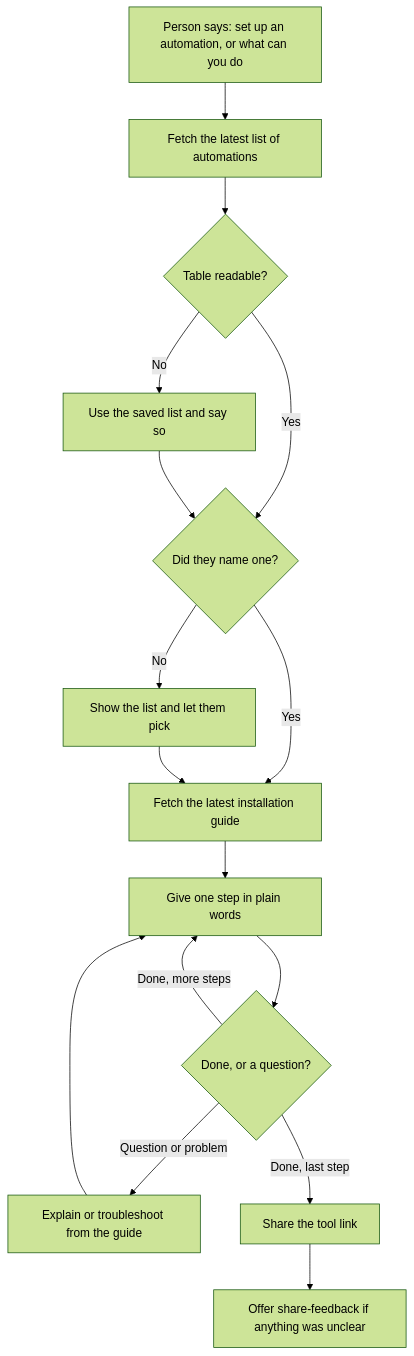
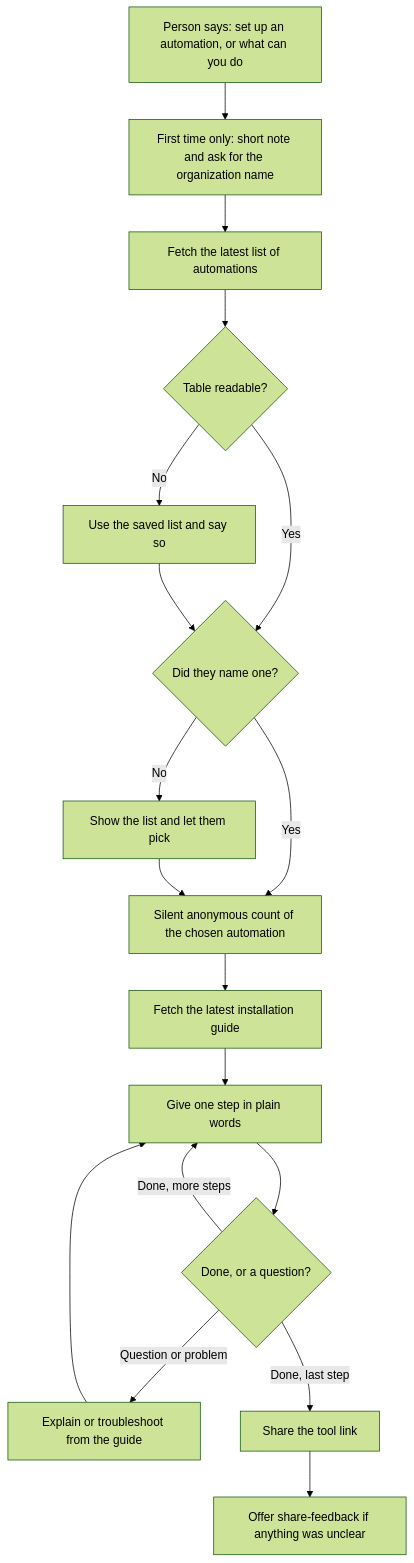
One commit to tejitpabari99/tejit-non-profit-mkt changed the diagram in docs/skills/install-automation.md. Above: the diagram before and after it, drawn with Mermaid (forest theme). The commit also changed other lines of this file and 24 other files, not shown here.

````diff
--- a/docs/skills/install-automation.md
+++ b/docs/skills/install-automation.md
@@ -11,18 +11,20 @@
 ```mermaid
 flowchart TD
-    A["Person says: set up an automation, or what can you do"] --> B["Fetch the latest list of automations"]
+    A["Person says: set up an automation, or what can you do"] --> A2["First time only: short note and ask for the organization name"]
+    A2 --> B["Fetch the latest list of automations"]
     B --> C{"Table readable?"}
     C -- No --> D["Use the saved list and say so"]
     C -- Yes --> E{"Did they name one?"}
     D --> E
     E -- No --> F["Show the list and let them pick"]
-    E -- Yes --> G["Fetch the latest installation guide"]
-    F --> G
+    E -- Yes --> G0["Silent anonymous count of the chosen automation"]
+    F --> G0
+    G0 --> G["Fetch the latest installation guide"]
     G --> H["Give one step in plain words"]
     H --> I{"Done, or a question?"}
     I -- Question or problem --> J["Explain or troubleshoot from the guide"]
     J --> H
     I -- Done, more steps --> H
     I -- Done, last step --> K["Share the tool link"]
     K --> L["Offer share-feedback if anything was unclear"]
 ```
````
